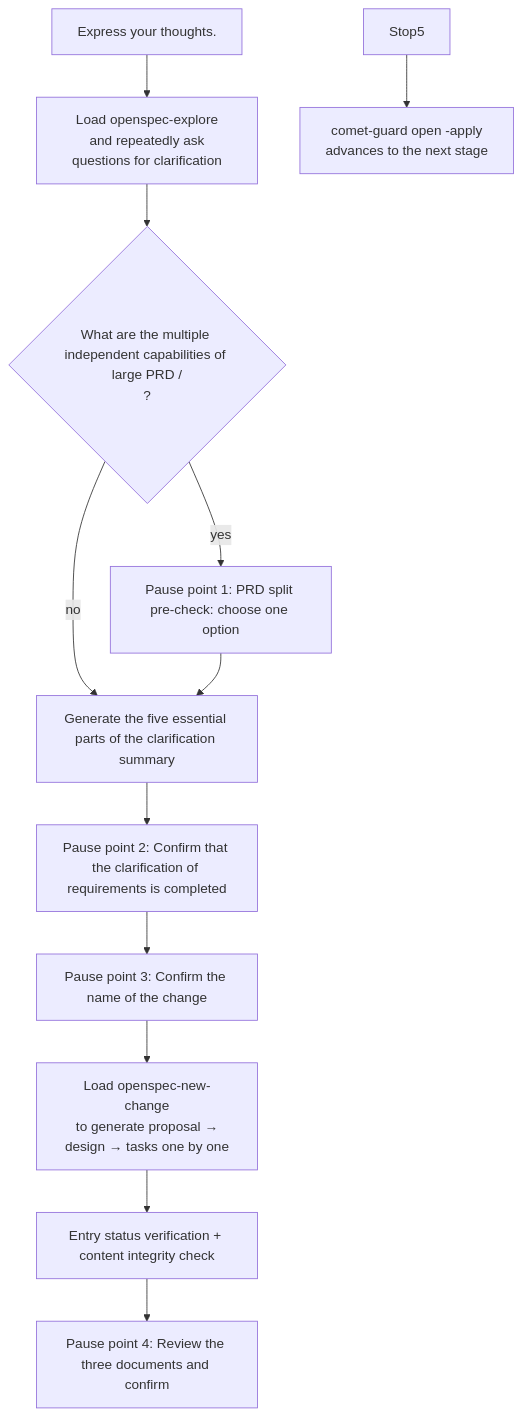
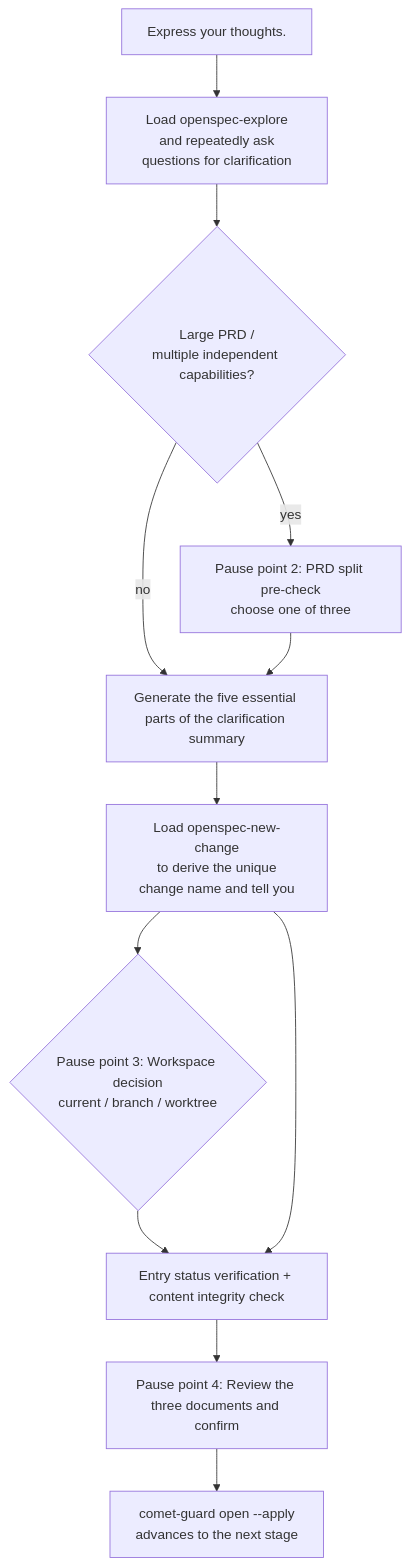
One commit to rpamis/comet-website-docs changed the diagram in en/phases/open.mdx. Above: the diagram before and after it, drawn with Mermaid. The commit also changed other lines of this file and 34 other files, not shown here.

````diff
--- a/en/phases/open.mdx
+++ b/en/phases/open.mdx
@@ -57,14 +57,14 @@
 ```mermaid
 flowchart TD
     Start["Express your thoughts."] --> S1["Load openspec-explore<br/> and repeatedly ask questions for clarification"]
-    S1 --> S1a{"What are the multiple independent capabilities of large PRD /<br/>?"}
-    S1a -->|yes| Stop1["Pause point 1: PRD split pre-check: choose one option<br/>"]
-    S1a -->|no| S1sum["Generate the five essential parts of the clarification summary<br/>"]
+    S1 --> S1a{"Large PRD /<br/>multiple independent capabilities?"}
+    S1a -->|yes| Stop1["Pause point 2: PRD split pre-check<br/>choose one of three"]
+    S1a -->|no| S1sum["Generate the five essential parts of the clarification summary"]
     Stop1 --> S1sum
-    S1sum --> Stop2["Pause point 2: Confirm that the clarification of requirements is completed"]
-    Stop2 --> Stop3["Pause point 3: Confirm the name of the change"]
-    Stop3 --> S2["Load openspec-new-change<br/> to generate proposal → design → tasks one by one"]
+    S1sum --> S2["Load openspec-new-change<br/> to derive the unique change name and tell you"]
+    S2 --> S2b{"Pause point 3: Workspace decision<br/>current / branch / worktree"}
+    S2b --> S3["Entry status verification + content integrity check"]
     S2 --> S3["Entry status verification + content integrity check"]
     S3 --> Stop4["Pause point 4: Review the three documents and confirm"]
-    Stop5 --> Exit["comet-guard open -apply<br/> advances to the next stage"]
+    Stop4 --> Exit["comet-guard open --apply<br/> advances to the next stage"]
 ```
````
